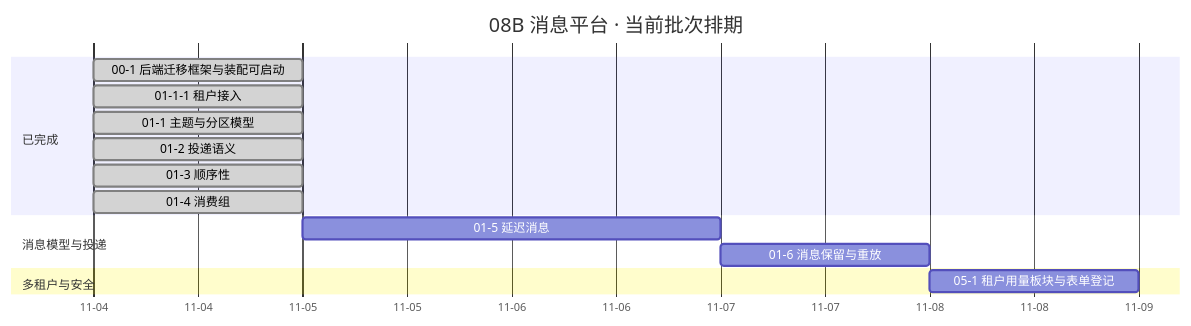
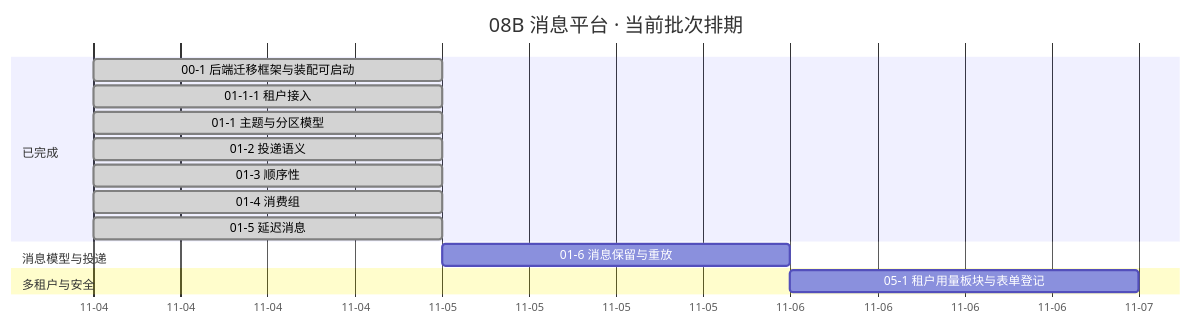
The diagram in msg文档/项目/08B_消息平台/计划/01_计划_消息平台.md (minjian123/message-platform), drawn with Mermaid before and after one commit. The commit also changed other lines of this file and 2 other files, not shown here.

Commit message:
docs(msg): 01-5 延迟消息实施与测试记录 + 计划表回写
- 实施记录：交付清单（12 项代码 / 端点 / 契约 / 装配）、关键命令、9 条问题与处置、10 条偏差与遗留
- 测试记录：33 例清单（服务层 9 / 推进 13 / 接口 11）、执行结果、覆盖率 100% 的补口说明
- 计划表：01-5 移入已完成（12h / 2026-11-04），剩余排期自 01-6 起，甘特图同步

````diff
--- a/msg文档/项目/08B_消息平台/计划/01_计划_消息平台.md
+++ b/msg文档/项目/08B_消息平台/计划/01_计划_消息平台.md
@@ -46,18 +46,18 @@
 ```mermaid
 gantt
     title 08B 消息平台 · 当前批次排期
     dateFormat YYYY-MM-DD
     axisFormat %m-%d
     section 已完成
     00-1 后端迁移框架与装配可启动 :done, d001, 2026-11-04, 1d
     01-1-1 租户接入 :done, d0111, 2026-11-04, 1d
     01-1 主题与分区模型 :done, t011, 2026-11-04, 1d
     01-2 投递语义 :done, t012, 2026-11-04, 1d
     01-3 顺序性 :done, t013, 2026-11-04, 1d
     01-4 消费组 :done, t014, 2026-11-04, 1d
+    01-5 延迟消息 :done, t015, 2026-11-04, 1d
     section 消息模型与投递
-    01-5 延迟消息 :t015, after t014, 2d
     01-6 消息保留与重放 :t016, after t015, 1d
     section 多租户与安全
     05-1 租户用量板块与表单登记 :t051, after t016, 1d
 ```
````
